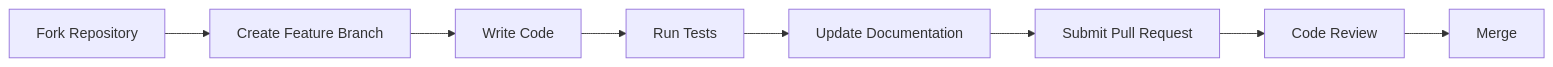
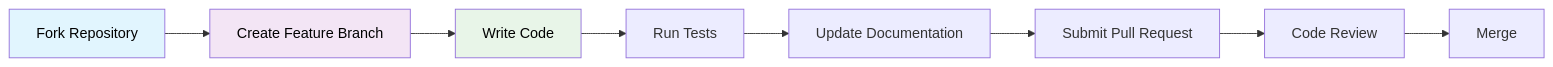
One commit to Interlaken0/temperature-plotter changed the fifth of 13 diagrams in docs/NEW-DEVELOPER-ONBOARDING.md. Above: the diagram before and after it, drawn with Mermaid. The commit also changed other lines of this file and 8 other files, not shown here.

First line of the commit message:
Standardise Mermaid diagram text colour to black across all documentation

````diff
--- a/docs/NEW-DEVELOPER-ONBOARDING.md
+++ b/docs/NEW-DEVELOPER-ONBOARDING.md
@@ -161,10 +165,14 @@
 ```mermaid
 graph LR
     A[Fork Repository] --> B[Create Feature Branch]
     B --> C[Write Code]
     C --> D[Run Tests]
     D --> E[Update Documentation]
     E --> F[Submit Pull Request]
     F --> G[Code Review]
     G --> H[Merge]
+    
+    style A fill:#e1f5fe,color:#000000
+    style B fill:#f3e5f5,color:#000000
+    style C fill:#e8f5e8,color:#000000
 ```
````
